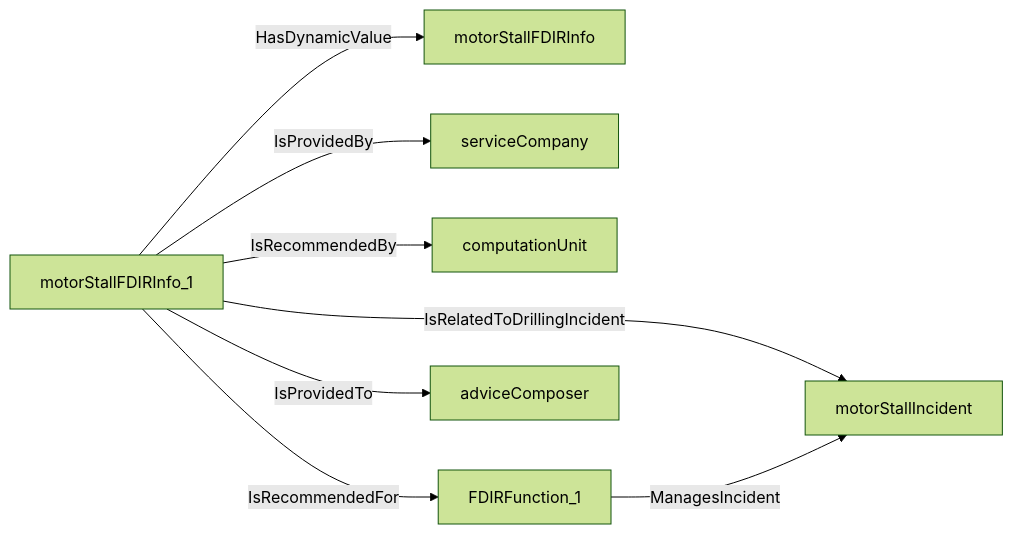
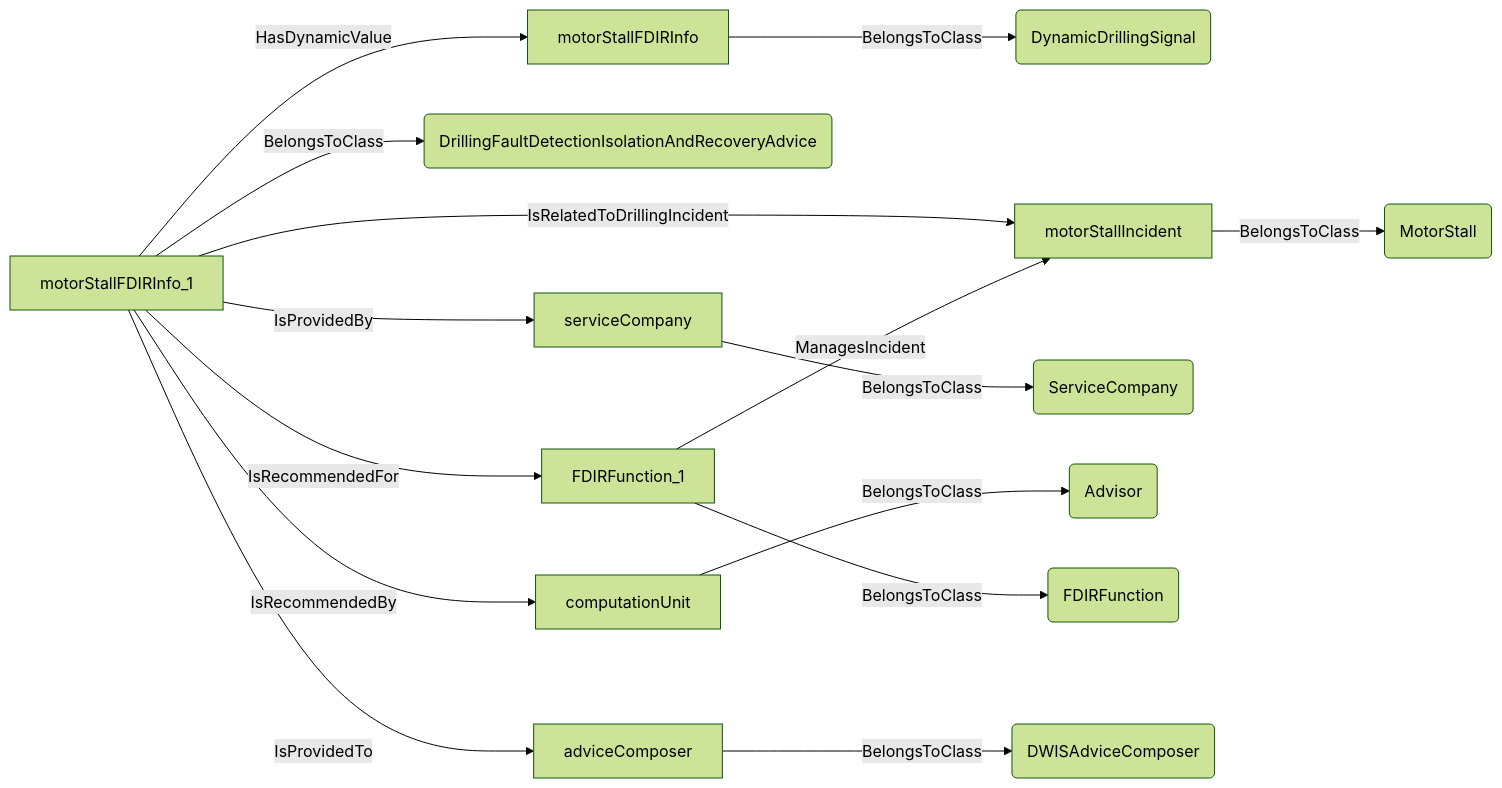
Before and after one commit to D-WIS/DDHub-Semantic-Interoperability: diagram 13 of 17 in docs/vocabulary_development/auto-generated/md/definition-files/DrillingIncident.md, drawn with Mermaid (forest theme). The commit also changed other lines of this file and 14 other files, not shown here.

````diff
--- a/docs/vocabulary_development/auto-generated/md/definition-files/DrillingIncident.md
+++ b/docs/vocabulary_development/auto-generated/md/definition-files/DrillingIncident.md
@@ -696,10 +850,17 @@
 ```mermaid
 graph LR
-	N0000[motorStallFDIRInfo_1] -->|HasDynamicValue| N0001[motorStallFDIRInfo] 
-	N0000[motorStallFDIRInfo_1] -->|IsRelatedToDrillingIncident| N0002[motorStallIncident] 
-	N0000[motorStallFDIRInfo_1] -->|IsProvidedBy| N0003[serviceCompany] 
-	N0000[motorStallFDIRInfo_1] -->|IsRecommendedBy| N0004[computationUnit] 
-	N0005[FDIRFunction_1] -->|ManagesIncident| N0002[motorStallIncident] 
-	N0000[motorStallFDIRInfo_1] -->|IsRecommendedFor| N0005[FDIRFunction_1] 
-	N0000[motorStallFDIRInfo_1] -->|IsProvidedTo| N0006[adviceComposer] 
+	N0000[motorStallFDIRInfo] -->|BelongsToClass| N0001(DynamicDrillingSignal) 
+	N0002[motorStallFDIRInfo_1] -->|BelongsToClass| N0003(DrillingFaultDetectionIsolationAndRecoveryAdvice) 
+	N0002[motorStallFDIRInfo_1] -->|HasDynamicValue| N0000[motorStallFDIRInfo] 
+	N0004[motorStallIncident] -->|BelongsToClass| N0005(MotorStall) 
+	N0002[motorStallFDIRInfo_1] -->|IsRelatedToDrillingIncident| N0004[motorStallIncident] 
+	N0006[serviceCompany] -->|BelongsToClass| N0007(ServiceCompany) 
+	N0002[motorStallFDIRInfo_1] -->|IsProvidedBy| N0006[serviceCompany] 
+	N0008[computationUnit] -->|BelongsToClass| N0009(Advisor) 
+	N0002[motorStallFDIRInfo_1] -->|IsRecommendedBy| N0008[computationUnit] 
+	N0010[FDIRFunction_1] -->|BelongsToClass| N0011(FDIRFunction) 
+	N0010[FDIRFunction_1] -->|ManagesIncident| N0004[motorStallIncident] 
+	N0002[motorStallFDIRInfo_1] -->|IsRecommendedFor| N0010[FDIRFunction_1] 
+	N0012[adviceComposer] -->|BelongsToClass| N0013(DWISAdviceComposer) 
+	N0002[motorStallFDIRInfo_1] -->|IsProvidedTo| N0012[adviceComposer] 
 ```
````
